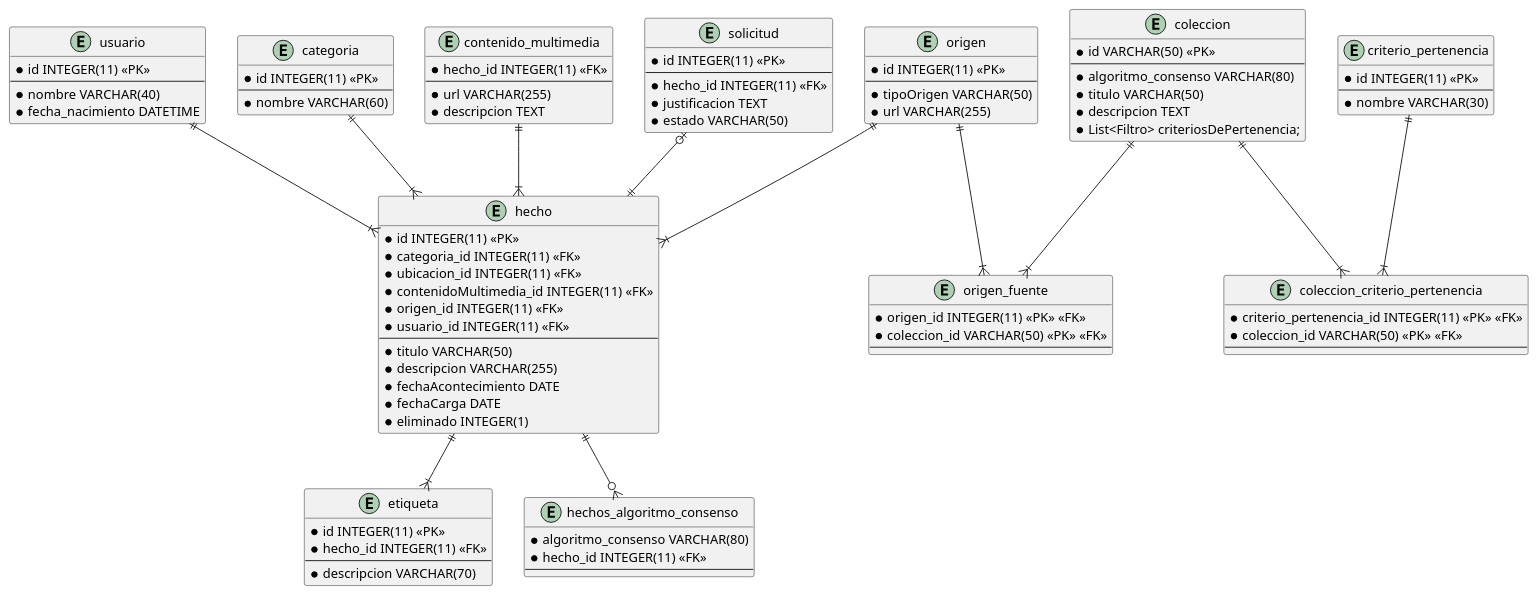
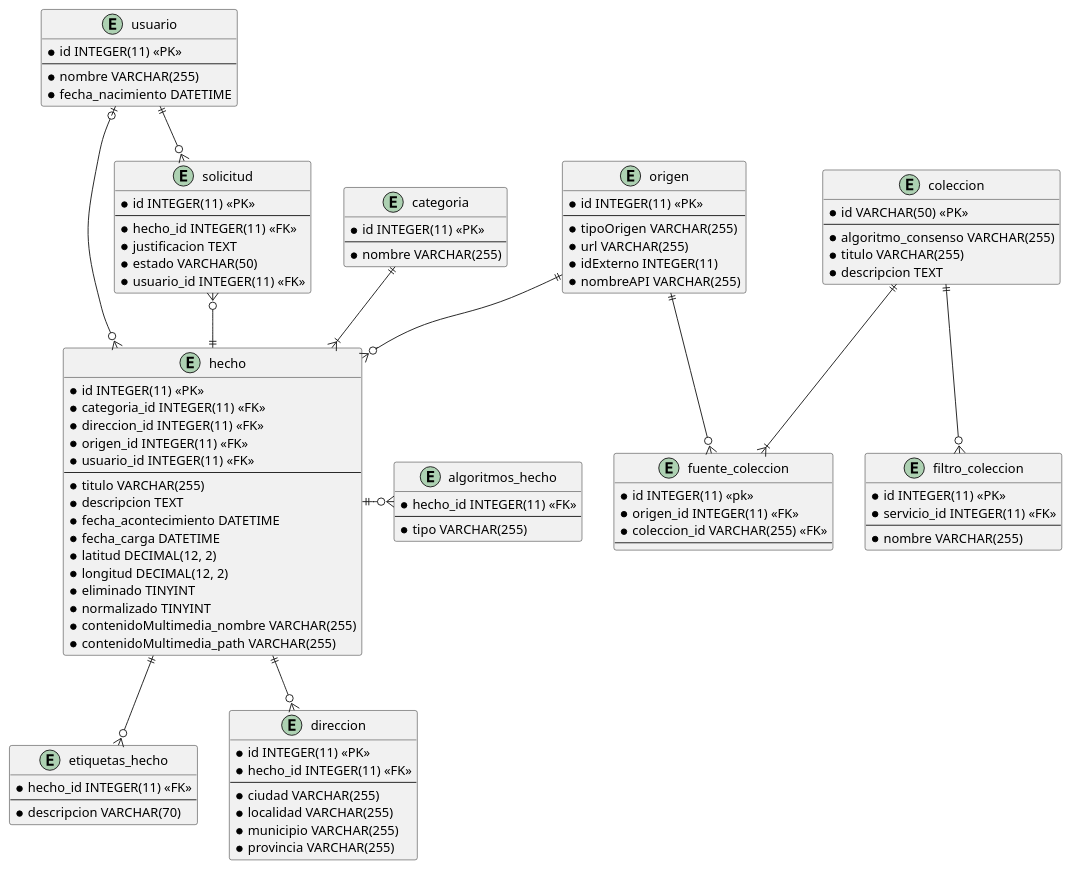
Before and after one commit to valenap-utn/metamapa-utn-2025: the diagram in entregables/entrega-4/modelosDeDatos/servicioAgregadorDER.puml, drawn with PlantUML. The commit also changed 50 other files, not shown here.

```diff
--- a/entregables/entrega-4/modelosDeDatos/servicioAgregadorDER.puml
+++ b/entregables/entrega-4/modelosDeDatos/servicioAgregadorDER.puml
@@ -1,115 +1,115 @@
 @startuml
 'https://plantuml.com/class-diagram
 
 entity hecho {
     * id INTEGER(11) <<PK>>
     * categoria_id INTEGER(11) <<FK>>
-    * ubicacion_id INTEGER(11) <<FK>>
-    * contenidoMultimedia_id INTEGER(11) <<FK>>
+    * direccion_id INTEGER(11) <<FK>>
     * origen_id INTEGER(11) <<FK>>
     * usuario_id INTEGER(11) <<FK>>
     --
-    * titulo VARCHAR(50)
-    * descripcion VARCHAR(255)
-    * fechaAcontecimiento DATE
-    * fechaCarga DATE
-    * eliminado INTEGER(1)
+    * titulo VARCHAR(255)
+    * descripcion TEXT
+    * fecha_acontecimiento DATETIME
+    * fecha_carga DATETIME
+    * latitud DECIMAL(12, 2)
+    * longitud DECIMAL(12, 2)
+    * eliminado TINYINT
+    * normalizado TINYINT
+    * contenidoMultimedia_nombre VARCHAR(255)
+    * contenidoMultimedia_path VARCHAR(255)
 }
 
-entity etiqueta {
-    * id INTEGER(11) <<PK>>
+entity algoritmos_hecho {
+    * hecho_id INTEGER(11) <<FK>>
+    --
+    * tipo VARCHAR(255)
+}
+
+hecho ||-o{ algoritmos_hecho
+
+entity etiquetas_hecho {
     * hecho_id INTEGER(11) <<FK>>
     --
     * descripcion VARCHAR(70)
 }
 
+hecho ||--o{ etiquetas_hecho
 
 entity usuario {
     * id INTEGER(11) <<PK>>
     --
-    * nombre VARCHAR(40)
+    * nombre VARCHAR(255)
     * fecha_nacimiento DATETIME
 }
 
-
-
-entity hechos_algoritmo_consenso {
-    * algoritmo_consenso VARCHAR(80)
+entity direccion {
+    * id INTEGER(11) <<PK>>
     * hecho_id INTEGER(11) <<FK>>
     --
+    * ciudad VARCHAR(255)
+    * localidad VARCHAR(255)
+    * municipio VARCHAR(255)
+    * provincia VARCHAR(255)
 }
 
-
-
+hecho ||--o{ direccion
 
 
 entity categoria {
     * id INTEGER(11) <<PK>>
     --
-    * nombre VARCHAR(60)
+    * nombre VARCHAR(255)
 }
 
 entity origen{
     * id INTEGER(11) <<PK>>
     --
-    * tipoOrigen VARCHAR(50)
+    * tipoOrigen VARCHAR(255)
     * url VARCHAR(255)
+    * idExterno INTEGER(11)
+    * nombreAPI VARCHAR(255)
 }
 
 entity coleccion {
     * id VARCHAR(50) <<PK>>
     --
-    * algoritmo_consenso VARCHAR(80)
-    * titulo VARCHAR(50)
+    * algoritmo_consenso VARCHAR(255)
+    * titulo VARCHAR(255)
     * descripcion TEXT
-    * List<Filtro> criteriosDePertenencia;
 }
 
-entity coleccion_criterio_pertenencia {
-    * criterio_pertenencia_id INTEGER(11) <<PK>> <<FK>>
-    * coleccion_id VARCHAR(50) <<PK>> <<FK>>
+entity filtro_coleccion {
+    * id INTEGER(11) <<PK>>
+    * servicio_id INTEGER(11) <<FK>>
+    --
+    * nombre VARCHAR(255)
+}
+
+coleccion ||--o{ filtro_coleccion
+
+entity fuente_coleccion {
+    * id INTEGER(11) <<pk>>
+    * origen_id INTEGER(11) <<FK>>
+    * coleccion_id VARCHAR(255) <<FK>>
     --
 }
 
-entity criterio_pertenencia {
-    * id INTEGER(11) <<PK>>
-    --
-    * nombre VARCHAR(30)
-}
-
-
-
-entity origen_fuente {
-    * origen_id INTEGER(11) <<PK>> <<FK>>
-    * coleccion_id VARCHAR(50) <<PK>> <<FK>>
-    --
-}
-
-entity contenido_multimedia {
-    * hecho_id INTEGER(11) <<FK>>
-    --
-    * url VARCHAR(255)
-    * descripcion TEXT
-}
-
-usuario ||--|{ hecho
-hecho ||--|{ etiqueta
+usuario |o--o{ hecho
 categoria ||--|{ hecho
-origen ||--|{ hecho
-hecho ||--o{ hechos_algoritmo_consenso
-coleccion ||--|{ origen_fuente
-origen ||--|{ origen_fuente
-coleccion ||--|{ coleccion_criterio_pertenencia
-criterio_pertenencia ||--|{ coleccion_criterio_pertenencia
-contenido_multimedia ||--|{ hecho
+origen ||--o{ hecho
+coleccion ||--|{ fuente_coleccion
+origen ||--o{ fuente_coleccion
 
 entity solicitud {
     * id INTEGER(11) <<PK>>
     --
     * hecho_id INTEGER(11) <<FK>>
     * justificacion TEXT
     * estado VARCHAR(50)
+    * usuario_id INTEGER(11) <<FK>>
 }
 
-solicitud |o--|| hecho
+solicitud }o--|| hecho
+usuario ||--o{ solicitud
 @enduml
```
